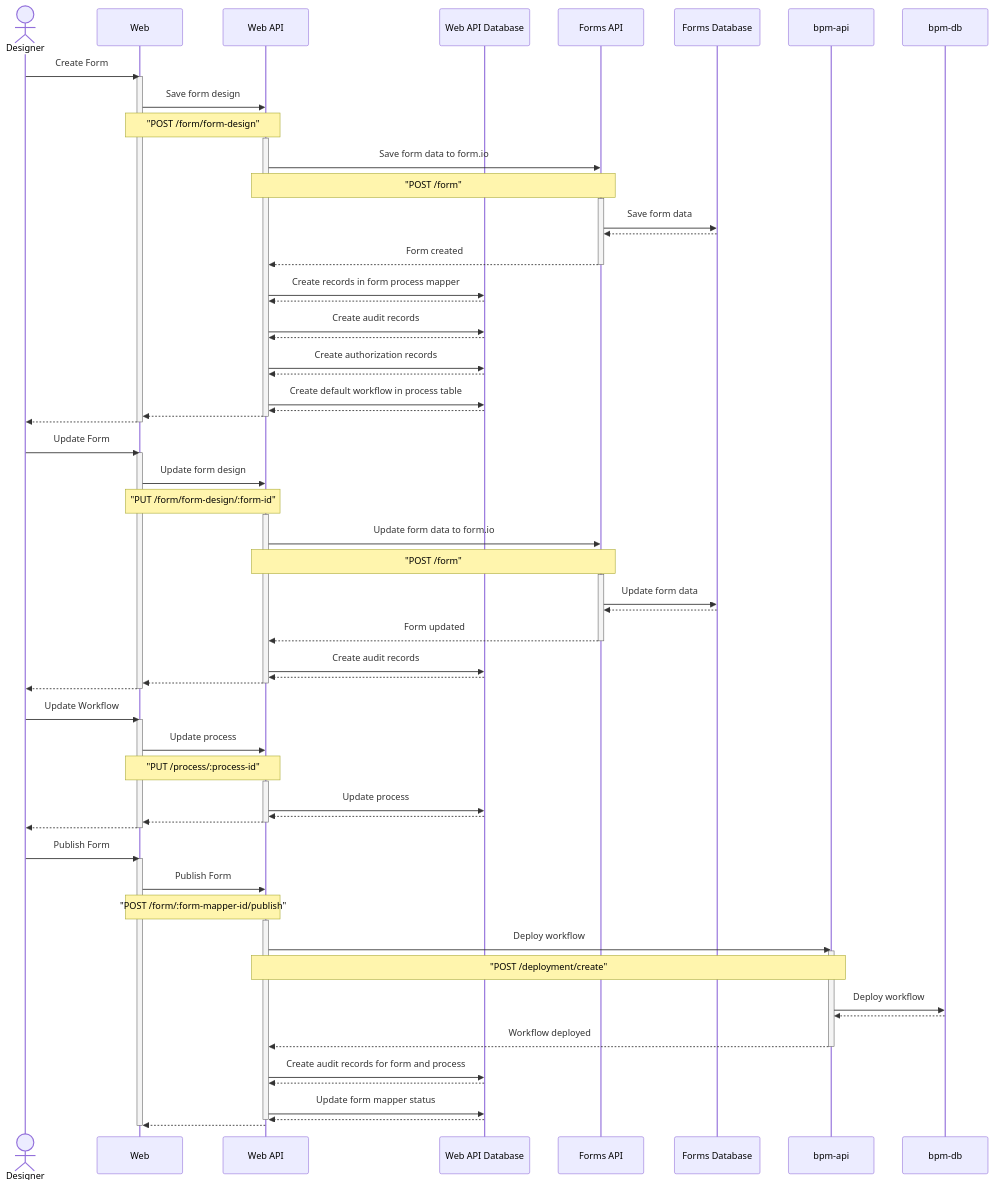
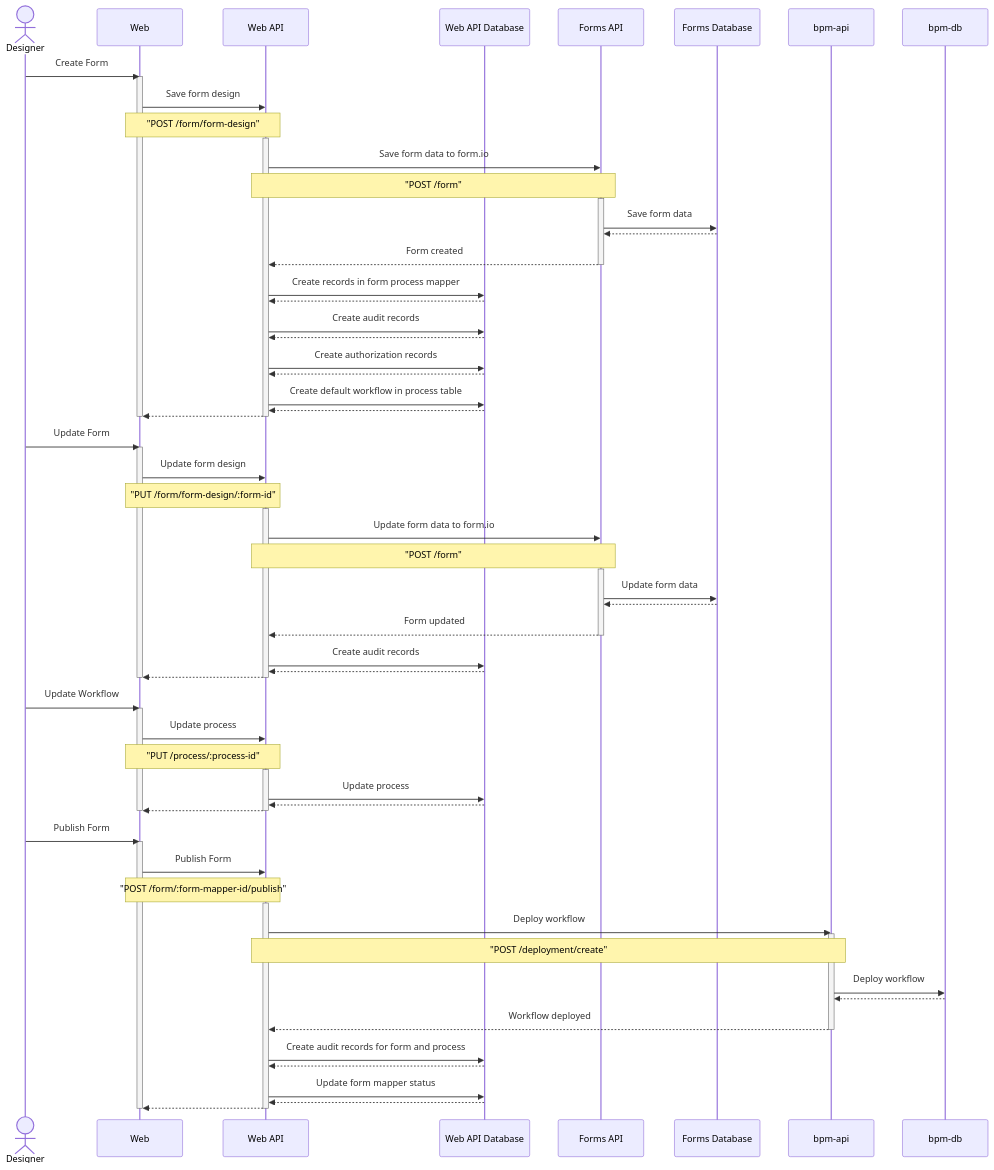
The diagram in docs/sequence-diagrams/designer-flow.md (auslin-aot/forms-flow-ai), drawn with Mermaid before and after one commit.

```diff
--- a/docs/sequence-diagrams/designer-flow.md
+++ b/docs/sequence-diagrams/designer-flow.md
@@ -33,7 +33,6 @@
     web-api-db -->> web-api : 
     web-api -->> web : 
     deactivate web-api
-    web -->> Designer : 
     deactivate web
 
     Designer ->> web: Update Form
@@ -52,7 +51,6 @@
     web-api-db -->> web-api:
     web-api -->> web : 
     deactivate web-api
-    web -->> Designer : 
     deactivate web
 
     Designer ->> web: Update Workflow
@@ -63,8 +61,7 @@
     web-api ->> web-api-db: Update process
     web-api-db -->> web-api:
     web-api -->> web:
-    deactivate web-api
-    web -->> Designer : 
+    deactivate web-api 
     deactivate web
 
     Designer ->> web: Publish Form
@@ -83,8 +80,8 @@
     web-api-db -->> web-api:
     web-api ->> web-api-db: Update form mapper status
     web-api-db -->> web-api:
+    web-api -->> web:
     deactivate web-api
-    web-api -->> web: 
     deactivate web
     
 
```
